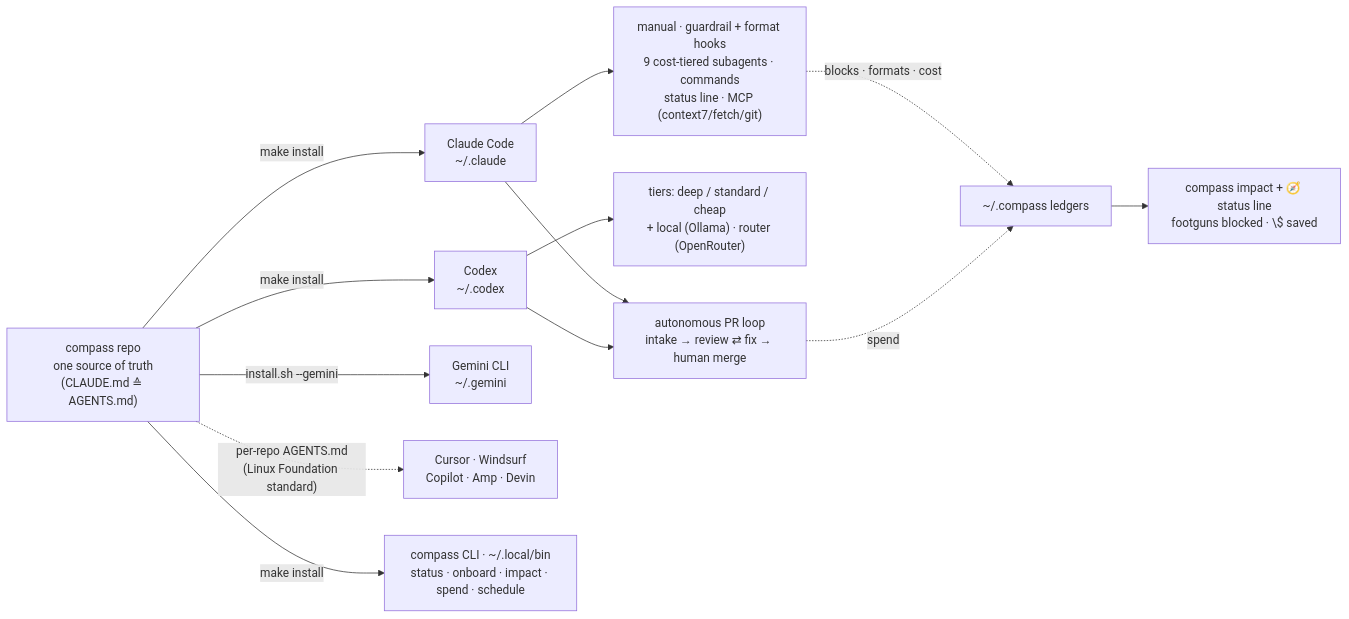
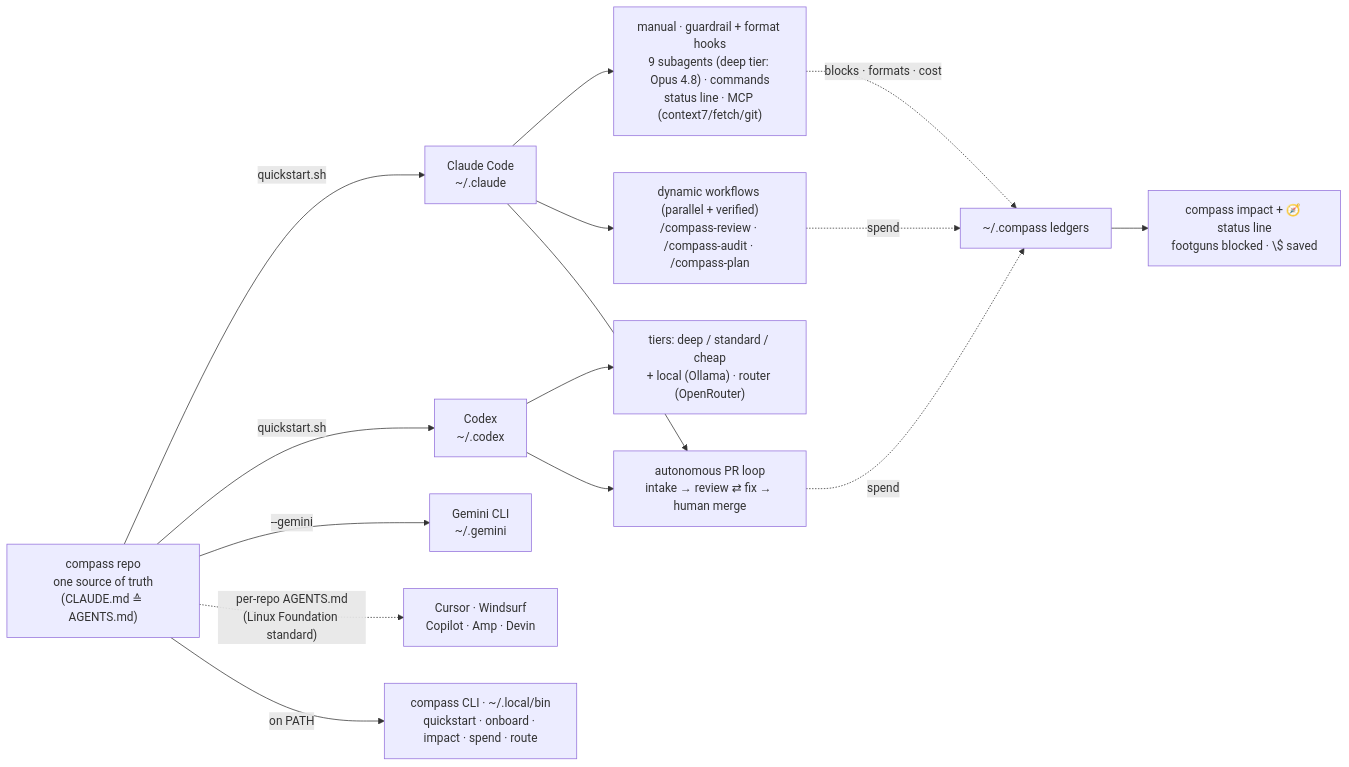
One commit to dshakes/agent-settings changed the first of 2 diagrams in README.md. Above: the diagram before and after it, drawn with Mermaid. The commit also changed other lines of this file and 33 other files, not shown here.

First line of the commit message:
feat: dynamic workflows + router eval + policy hook + one-click quickstart (#3)

````diff
--- a/README.md
+++ b/README.md
@@ -133,20 +133,22 @@
 ```mermaid
 flowchart LR
   repo["compass repo<br/>one source of truth<br/>(CLAUDE.md ≙ AGENTS.md)"]
-  repo -->|"make install"| claude["Claude Code<br/>~/.claude"]
-  repo -->|"make install"| codex["Codex<br/>~/.codex"]
-  repo -->|"install.sh --gemini"| gemini["Gemini CLI<br/>~/.gemini"]
+  repo -->|"quickstart.sh"| claude["Claude Code<br/>~/.claude"]
+  repo -->|"quickstart.sh"| codex["Codex<br/>~/.codex"]
+  repo -->|"--gemini"| gemini["Gemini CLI<br/>~/.gemini"]
   repo -. "per-repo AGENTS.md<br/>(Linux Foundation standard)" .-> ides["Cursor · Windsurf<br/>Copilot · Amp · Devin"]
 
-  repo -->|"make install"| cli["compass CLI · ~/.local/bin<br/>status · onboard · impact · spend · schedule"]
+  repo -->|"on PATH"| cli["compass CLI · ~/.local/bin<br/>quickstart · onboard · impact · spend · route"]
 
-  claude --> bundle["manual · guardrail + format hooks<br/>9 cost-tiered subagents · commands<br/>status line · MCP (context7/fetch/git)"]
+  claude --> bundle["manual · guardrail + format hooks<br/>9 subagents (deep tier: Opus 4.8) · commands<br/>status line · MCP (context7/fetch/git)"]
   codex --> tiers["tiers: deep / standard / cheap<br/>+ local (Ollama) · router (OpenRouter)"]
 
+  claude --> wf["dynamic workflows (parallel + verified)<br/>/compass-review · /compass-audit · /compass-plan"]
   claude --> loop["autonomous PR loop<br/>intake → review ⇄ fix → human merge"]
   codex --> loop
 
   bundle -. "blocks · formats · cost" .-> obs["~/.compass ledgers"]
+  wf -. "spend" .-> obs
   loop -. "spend" .-> obs
   obs --> impact["compass impact + 🧭 status line<br/>footguns blocked · \$ saved"]
 ```
````
